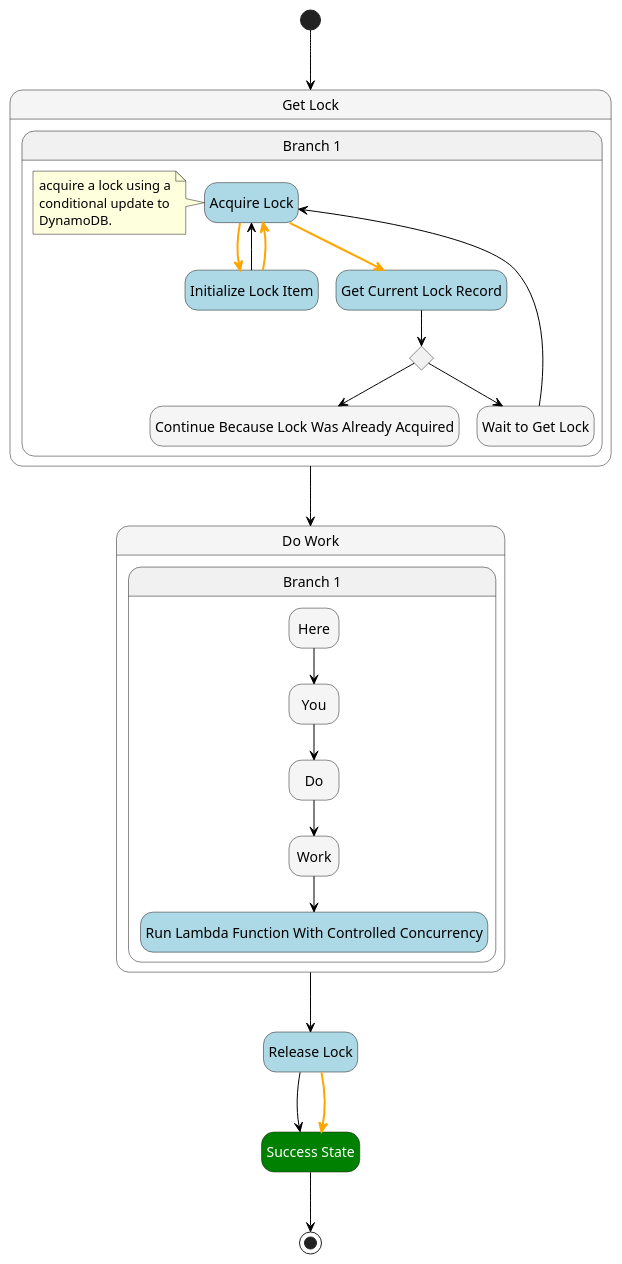
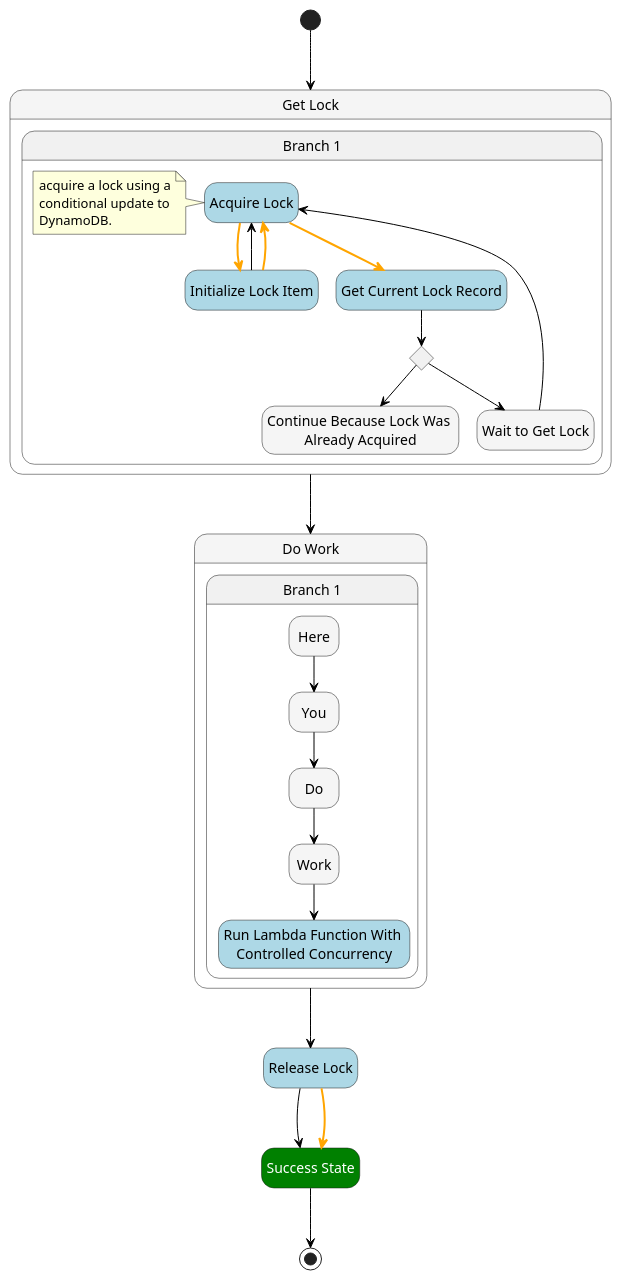
The diagram in src/__tests__/pumls/aws-example-dynamodb-semaphore.asl.puml (massfords/asl-puml), drawn with PlantUML before and after one commit. The commit also changed 6 other files, not shown here.

```diff
--- a/src/__tests__/pumls/aws-example-dynamodb-semaphore.asl.puml
+++ b/src/__tests__/pumls/aws-example-dynamodb-semaphore.asl.puml
@@ -1,68 +1,68 @@
 @startuml
 hide empty description
 skinparam ArrowColor #black
 skinparam state {
 
     BackgroundColor<<Choice>> #whitesmoke
     FontColor<<Choice>> automatic
 
     BackgroundColor<<aslParallel>> #whitesmoke
 
     BackgroundColor<<aslPass>> #whitesmoke
     FontColor<<aslPass>> automatic
 
     BackgroundColor<<aslSucceed>> #green
     FontColor<<aslSucceed>> automatic
 
     BackgroundColor<<aslTask>> #lightblue
     FontColor<<aslTask>> automatic
 
     BackgroundColor<<aslWait>> #whitesmoke
     FontColor<<aslWait>> automatic
     BackgroundColor<<Compensate>> #orange
 }
 state "Get Lock" as state1<<aslParallel>> {
 state "Branch 1" as state1_1 {
 state "Acquire Lock" as state5<<aslTask>>
 note left
   acquire a lock using a
   conditional update to
   DynamoDB.
 end note
 state "Initialize Lock Item" as state6<<aslTask>>
 state "Get Current Lock Record" as state7<<aslTask>>
 state "Check If Lock Already Acquired" as state8<<Choice>>
-state "Continue Because Lock Was Already Acquired" as state9<<aslPass>>
+state "Continue Because Lock Was \nAlready Acquired" as state9<<aslPass>>
 state "Wait to Get Lock" as state10<<aslWait>>
 }
 }
 state "Do Work" as state2<<aslParallel>> {
 state "Branch 1" as state2_1 {
 state "Here" as state11<<aslPass>>
 state "You" as state12<<aslPass>>
 state "Do" as state13<<aslPass>>
 state "Work" as state14<<aslPass>>
-state "Run Lambda Function With Controlled Concurrency" as state15<<aslTask>>
+state "Run Lambda Function With \nControlled Concurrency" as state15<<aslTask>>
 }
 }
 state "Release Lock" as state3<<aslTask>>
 state "Success State" as state4<<aslSucceed>>
 [*] --> state1
 state1 --> state2
 state2 --> state3
 state3 --> state4
 state3 -[bold,#orange]-> state4
 state4 --> [*]
 state5 -[bold,#orange]-> state6
 state5 -[bold,#orange]-> state7
 state6 --> state5
 state6 -[bold,#orange]-> state5
 state7 --> state8
 state8 --> state9
 state8 --> state10
 state10 --> state5
 state11 --> state12
 state12 --> state13
 state13 --> state14
 state14 --> state15
 @enduml
```
